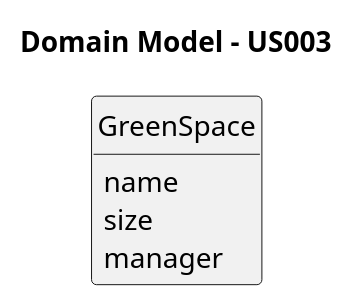
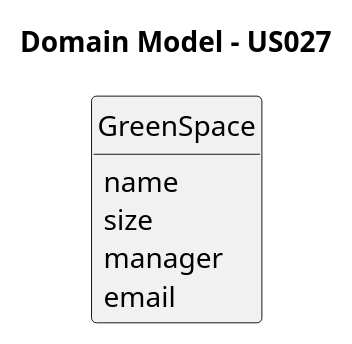
Before and after one commit to RicardoMorim/lapr2-ISEP-Project: the diagram in docs/sprintC/us027/02.analysis/puml/us027-domain-model.puml, drawn with PlantUML. The commit also changed 2 other files, not shown here.

Commit message:
Worked on the class-diagram of US027, readme.md and made a small change on the domain model

```diff
--- a/docs/sprintC/us027/02.analysis/puml/us027-domain-model.puml
+++ b/docs/sprintC/us027/02.analysis/puml/us027-domain-model.puml
@@ -1,20 +1,21 @@
 @startuml
 
 'left to right direction
 
 title Domain Model
 
 hide methods
 hide circle
 
-title Domain Model - US003
+title Domain Model - US027
 
 
 class GreenSpace {
 name
 size
 manager
+email
 }
 
 
 @enduml
```
